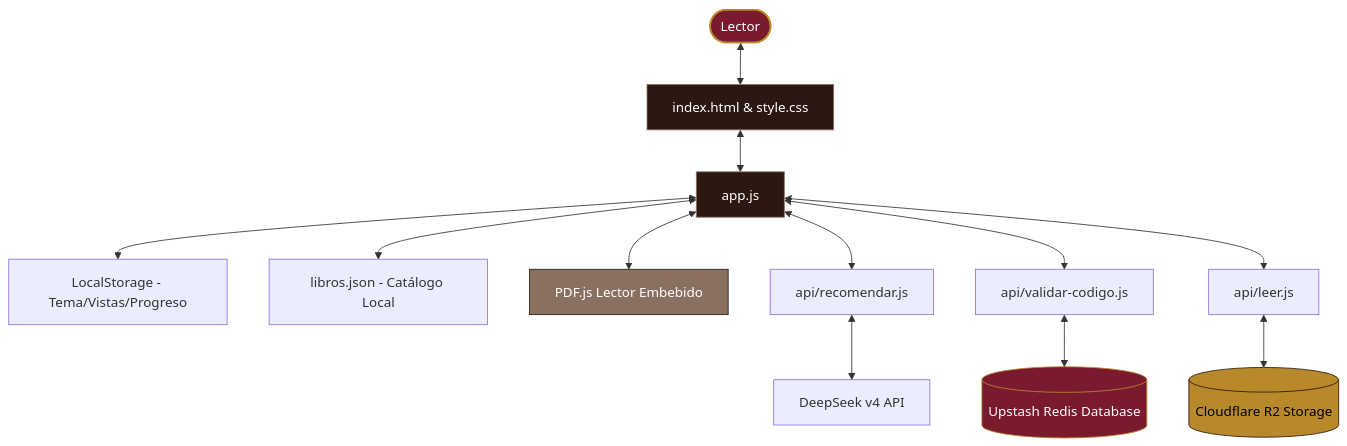
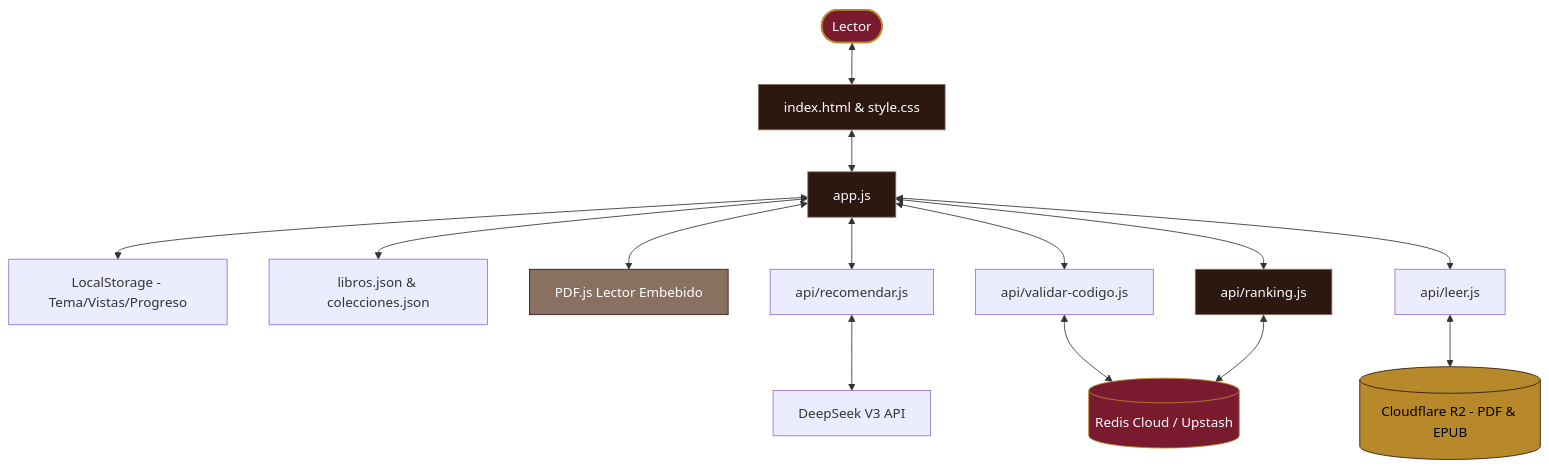
The diagram in boveda/02 - Arquitectura Técnica/Arquitectura - Vista General.md (libros-en-accion/biblioteca-digital), drawn with Mermaid before and after one commit. The commit also changed other lines of this file and 15 other files, not shown here.

Commit message:
docs: sincronizar documentacion de PROYECTO, AGENT y boveda con catalogo de 3005 libros, R2, colecciones, sagas y fuzzy search

````diff
--- a/boveda/02 - Arquitectura Técnica/Arquitectura - Vista General.md
+++ b/boveda/02 - Arquitectura Técnica/Arquitectura - Vista General.md
@@ -18,24 +18,28 @@
 ```mermaid
 graph TD
     User([Lector]) <--> HTML[index.html & style.css]
     HTML <--> JS[app.js]
     JS <--> Cache[LocalStorage - Tema/Vistas/Progreso]
-    JS <--> Data[libros.json - Catálogo Local]
+    JS <--> Data[libros.json & colecciones.json]
     JS <--> PDFJS[PDF.js Lector Embebido]
     
     JS <--> API_Rec[api/recomendar.js]
-    API_Rec <--> DS[DeepSeek v4 API]
+    API_Rec <--> DS[DeepSeek V3 API]
     
     JS <--> API_Val[api/validar-codigo.js]
-    API_Val <--> Redis[(Upstash Redis Database)]
+    API_Val <--> Redis[(Redis Cloud / Upstash)]
     
     JS <--> API_Read[api/leer.js]
-    API_Read <--> R2[(Cloudflare R2 Storage)]
+    API_Read <--> R2[(Cloudflare R2 - PDF & EPUB)]
+
+    JS <--> API_Rank[api/ranking.js]
+    API_Rank <--> Redis
 
     style User fill:#7a1a2e,stroke:#b8892a,stroke-width:2px,color:#fff
     style HTML fill:#2c1810,stroke:#8a7060,color:#fff
     style JS fill:#2c1810,stroke:#8a7060,color:#fff
     style PDFJS fill:#8a7060,stroke:#2c1810,color:#fff
     style Redis fill:#7a1a2e,stroke:#b8892a,color:#fff
     style R2 fill:#b8892a,stroke:#2c1810,color:#000
+    style API_Rank fill:#2c1810,stroke:#8a7060,color:#fff
 ```
````
